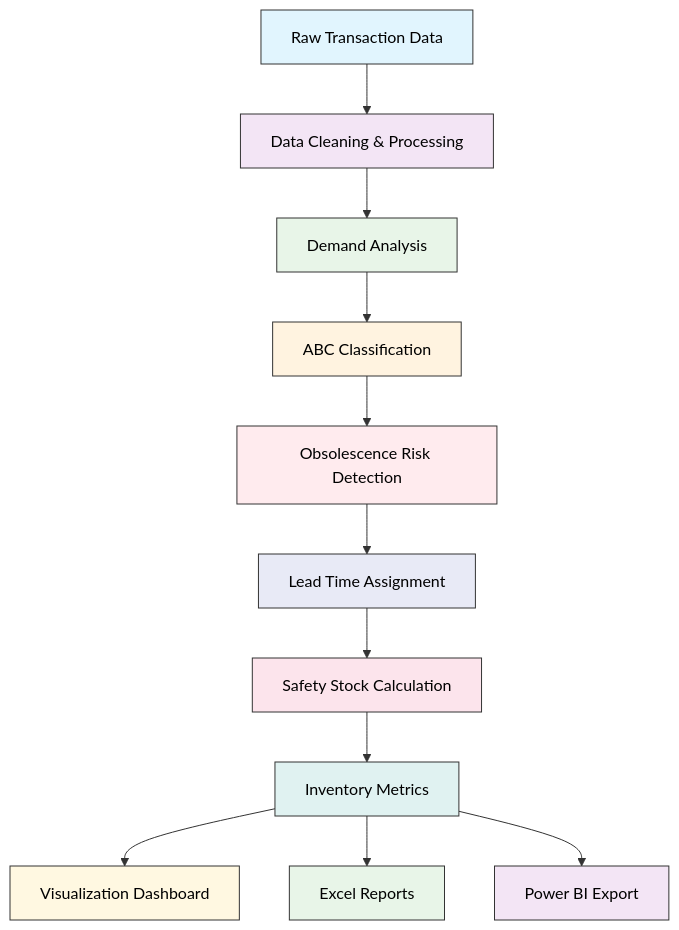
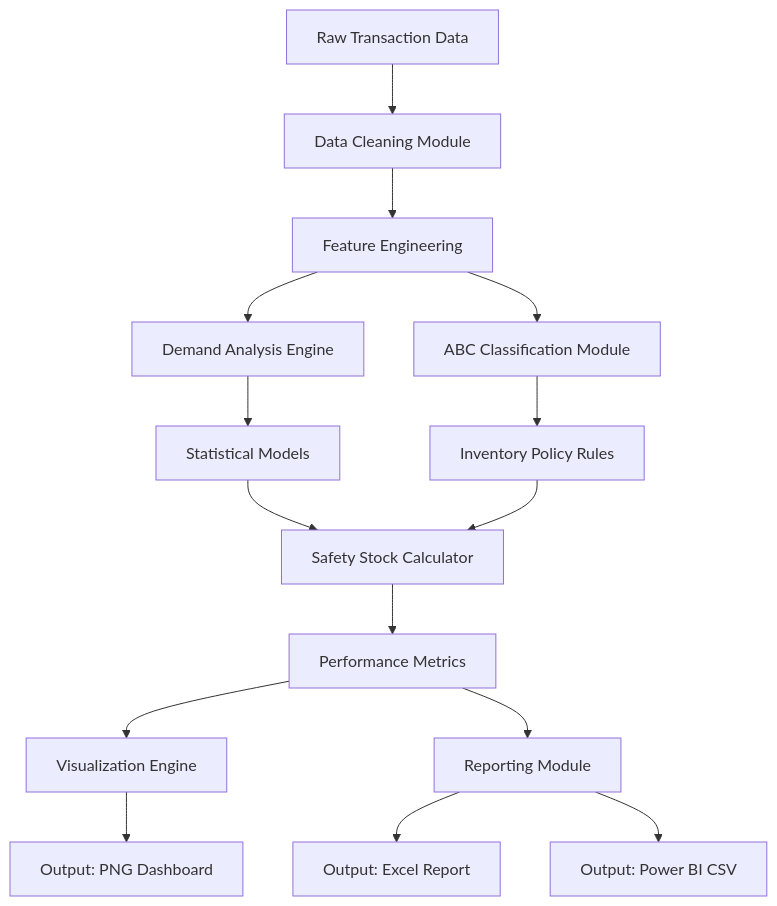
Before and after one commit to trulypriyanshu/inventory-optimization-model: the diagram in README.md, drawn with Mermaid.

````diff
--- a/README.md
+++ b/README.md
@@ -178,25 +178,17 @@
 ```mermaid
 graph TB
-    A[Raw Transaction Data] --> B[Data Cleaning & Processing]
-    B --> C[Demand Analysis]
-    C --> D[ABC Classification]
-    D --> E[Obsolescence Risk Detection]
-    E --> F[Lead Time Assignment]
-    F --> G[Safety Stock Calculation]
-    G --> H[Inventory Metrics]
-    H --> I[Visualization Dashboard]
-    H --> J[Excel Reports]
-    H --> K[Power BI Export]
-    
-    style A fill:#e1f5fe,stroke:#333,stroke-width:1px,color:#000
-    style B fill:#f3e5f5,stroke:#333,stroke-width:1px,color:#000
-    style C fill:#e8f5e8,stroke:#333,stroke-width:1px,color:#000
-    style D fill:#fff3e0,stroke:#333,stroke-width:1px,color:#000
-    style E fill:#ffebee,stroke:#333,stroke-width:1px,color:#000
-    style F fill:#e8eaf6,stroke:#333,stroke-width:1px,color:#000
-    style G fill:#fce4ec,stroke:#333,stroke-width:1px,color:#000
-    style H fill:#e0f2f1,stroke:#333,stroke-width:1px,color:#000
-    style I fill:#fff8e1,stroke:#333,stroke-width:1px,color:#000
-    style J fill:#e8f5e8,stroke:#333,stroke-width:1px,color:#000
-    style K fill:#f3e5f5,stroke:#333,stroke-width:1px,color:#000
+    A[Raw Transaction Data] --> B[Data Cleaning Module]
+    B --> C[Feature Engineering]
+    C --> D[Demand Analysis Engine]
+    C --> E[ABC Classification Module]
+    D --> F[Statistical Models]
+    E --> G[Inventory Policy Rules]
+    F --> H[Safety Stock Calculator]
+    G --> H
+    H --> I[Performance Metrics]
+    I --> J[Visualization Engine]
+    I --> K[Reporting Module]
+    J --> L[Output: PNG Dashboard]
+    K --> M[Output: Excel Report]
+    K --> N[Output: Power BI CSV]
 ```
````
